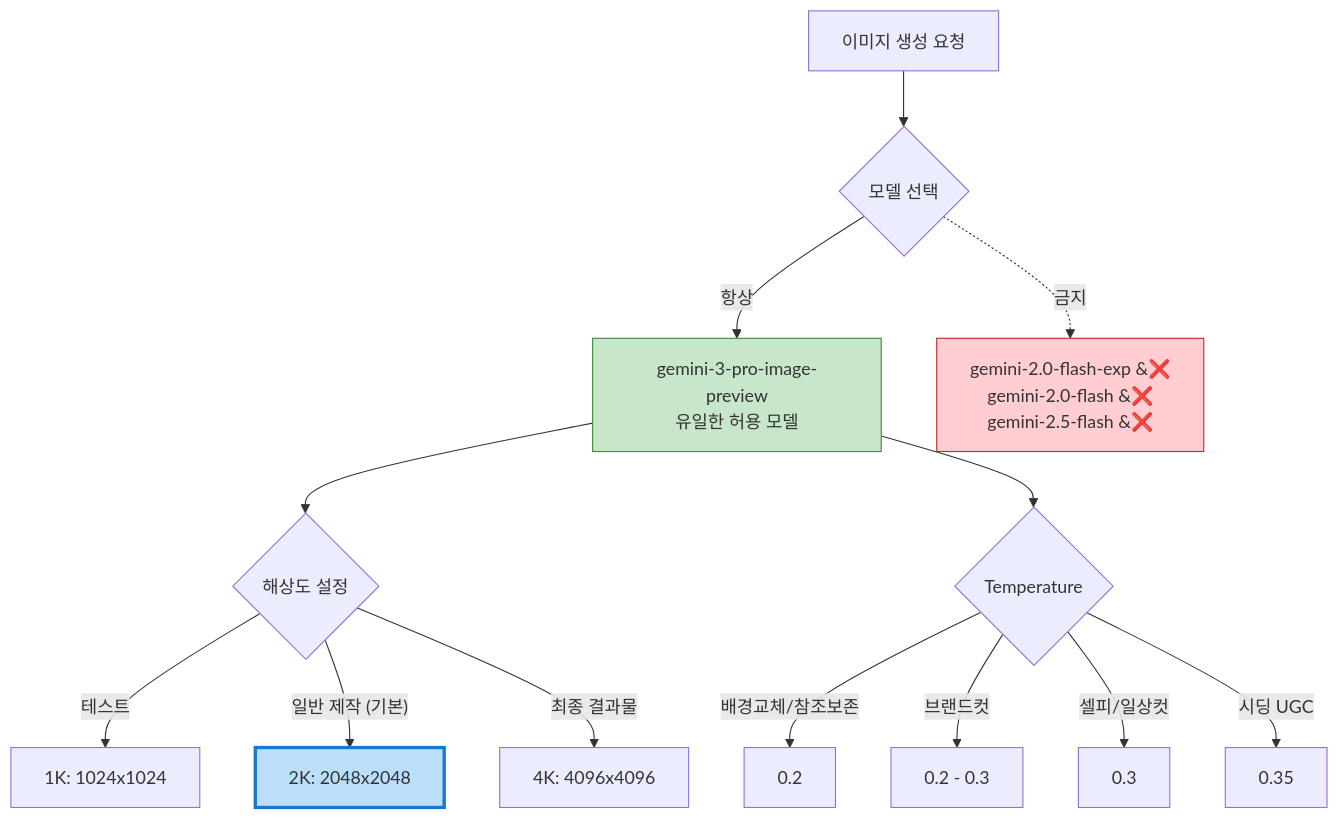
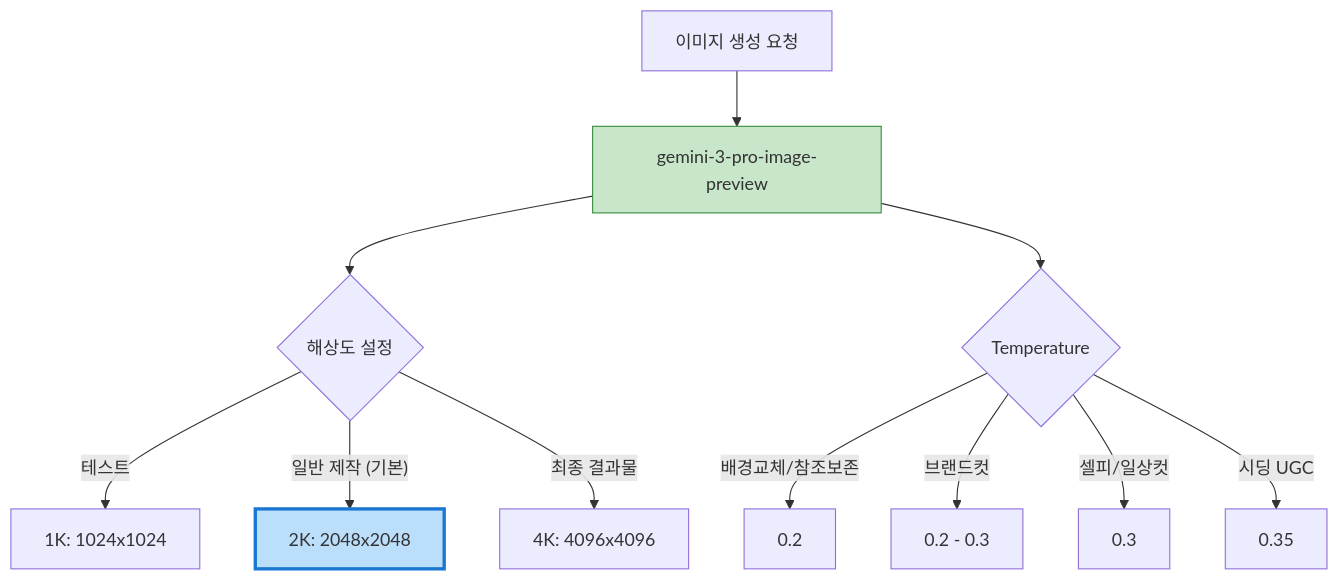
Before and after one commit to fnf-ax-team/CC_ax_team: the ninth of 12 diagrams in skills/fnf-image-gen/ARCHITECTURE.md, drawn with Mermaid. The commit also changed 1 other file, not shown here.

Commit message:
fix: 브랜드컷 워크플로 동기화 (face_identity, body_type, VLM 분석 필수화)
editorial.md:
- v2 경로에 VLM 착장 분석 필수 명시
- analyze_fashion_image에 core/config VISION_MODEL 적용, 다운샘플 1024px
- 우선순위 테이블 세분화 (착장→인물→포즈→표정→앵글→구도)
- 참조 이미지 할당: Face First 공식 적용
- face, body_type 참조 프롬프트 추가, outfit 프롬프트 강화
- 검증 기준 8항목으로 확장 (face_identity 15%, body_type 10%)
- Auto-Fail 조건 강화

ARCHITECTURE.md:
- 모델 선택 다이어그램 간소화

````diff
--- a/skills/fnf-image-gen/ARCHITECTURE.md
+++ b/skills/fnf-image-gen/ARCHITECTURE.md
@@ -388,21 +388,18 @@
 ```mermaid
 flowchart TD
-    REQ["이미지 생성 요청"] --> MODEL{"모델 선택"}
-    MODEL -->|"항상"| GEN3["gemini-3-pro-image-preview<br/>유일한 허용 모델"]
-    MODEL -.->|"금지"| BANNED["gemini-2.0-flash-exp &#10060;<br/>gemini-2.0-flash &#10060;<br/>gemini-2.5-flash &#10060;"]
+    REQ["이미지 생성 요청"] --> GEN3["gemini-3-pro-image-preview"]
 
     GEN3 --> RES{"해상도 설정"}
     RES -->|"테스트"| R1K["1K: 1024x1024"]
     RES -->|"일반 제작 (기본)"| R2K["2K: 2048x2048"]
     RES -->|"최종 결과물"| R4K["4K: 4096x4096"]
 
     GEN3 --> TEMP{"Temperature"}
     TEMP -->|"배경교체/참조보존"| T02["0.2"]
     TEMP -->|"브랜드컷"| T023["0.2 - 0.3"]
     TEMP -->|"셀피/일상컷"| T03["0.3"]
     TEMP -->|"시딩 UGC"| T035["0.35"]
 
     style GEN3 fill:#c8e6c9,stroke:#388e3c
-    style BANNED fill:#ffcdd2,stroke:#c62828
     style R2K fill:#bbdefb,stroke:#1976d2,stroke-width:3px
 ```
````
